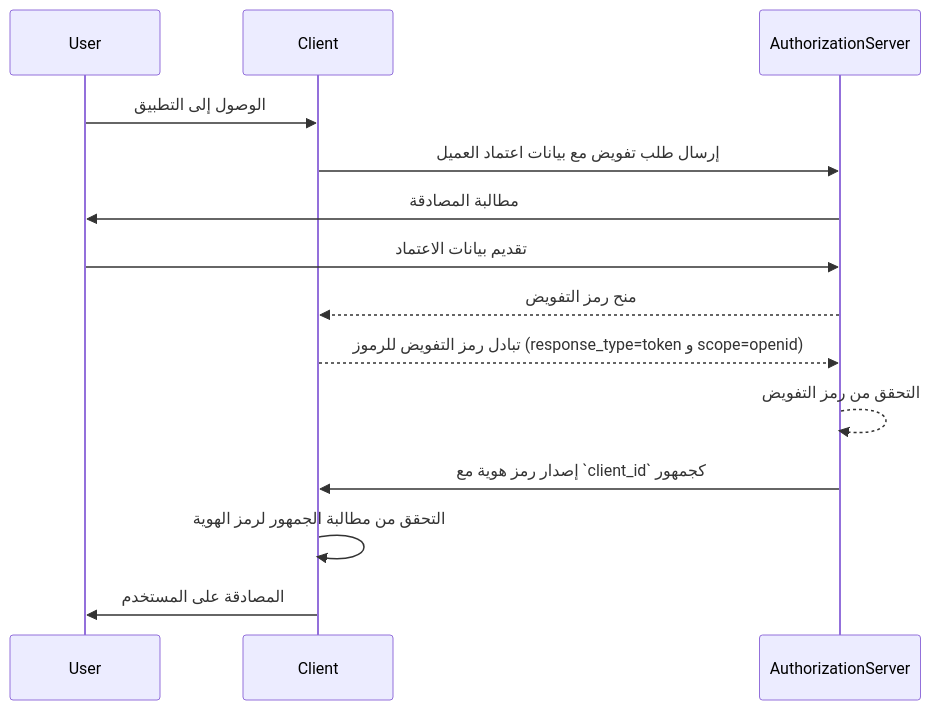
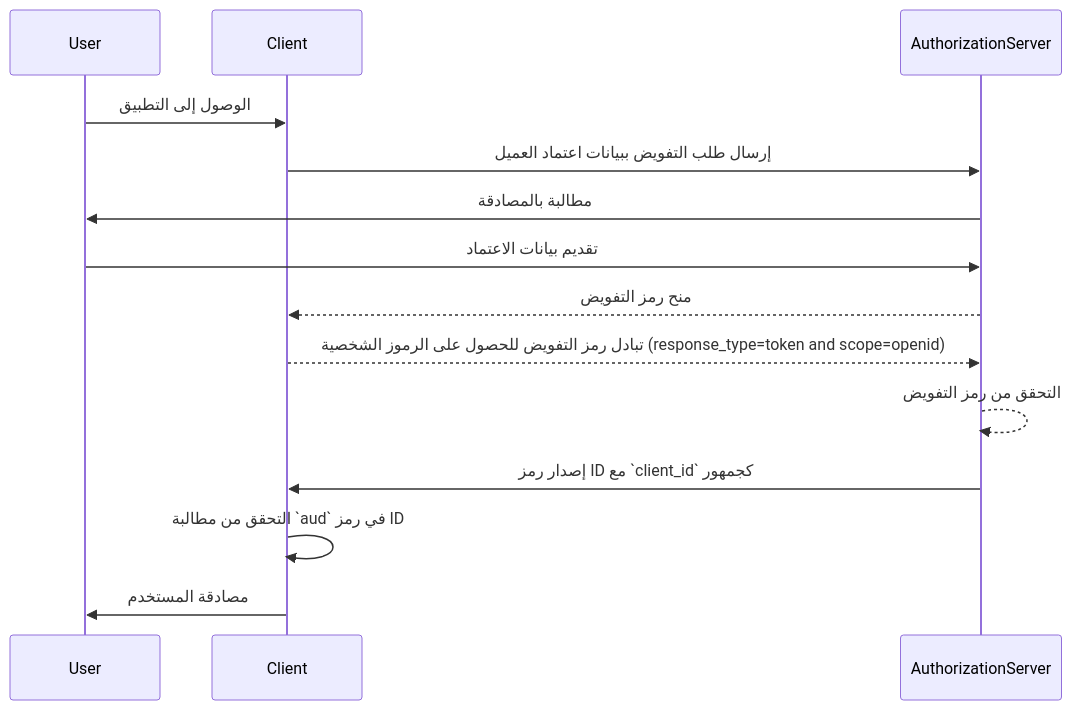
The first of 2 diagrams in src/content/terms/ar/audience.mdx (logto-io/auth-wiki), drawn with Mermaid before and after one commit. The commit also changed other lines of this file and 48 other files, not shown here.

````diff
--- a/src/content/terms/ar/audience.mdx
+++ b/src/content/terms/ar/audience.mdx
@@ -49,17 +49,17 @@
 ```mermaid
 sequenceDiagram
     participant User
     participant Client
     participant AuthorizationServer
 
     User->>Client: الوصول إلى التطبيق
-    Client->>AuthorizationServer: إرسال طلب تفويض مع بيانات اعتماد العميل
-    AuthorizationServer->>User: مطالبة المصادقة
+    Client->>AuthorizationServer: إرسال طلب التفويض ببيانات اعتماد العميل
+    AuthorizationServer->>User: مطالبة بالمصادقة
     User->>AuthorizationServer: تقديم بيانات الاعتماد
     AuthorizationServer-->>Client: منح رمز التفويض
-    Client-->>AuthorizationServer: تبادل رمز التفويض للرموز (response_type=token و scope=openid)
+    Client-->>AuthorizationServer: تبادل رمز التفويض للحصول على الرموز الشخصية (response_type=token and scope=openid)
     AuthorizationServer-->>AuthorizationServer: التحقق من رمز التفويض
-    AuthorizationServer->>Client: إصدار رمز هوية مع `client_id` كجمهور
-    Client->> Client: التحقق من مطالبة الجمهور لرمز الهوية
-    Client->>User: المصادقة على المستخدم
+    AuthorizationServer->>Client: إصدار رمز ID مع `client_id` كجمهور
+    Client->>Client: التحقق من مطالبة `aud` في رمز ID
+    Client->>User: مصادقة المستخدم
 ```
````
